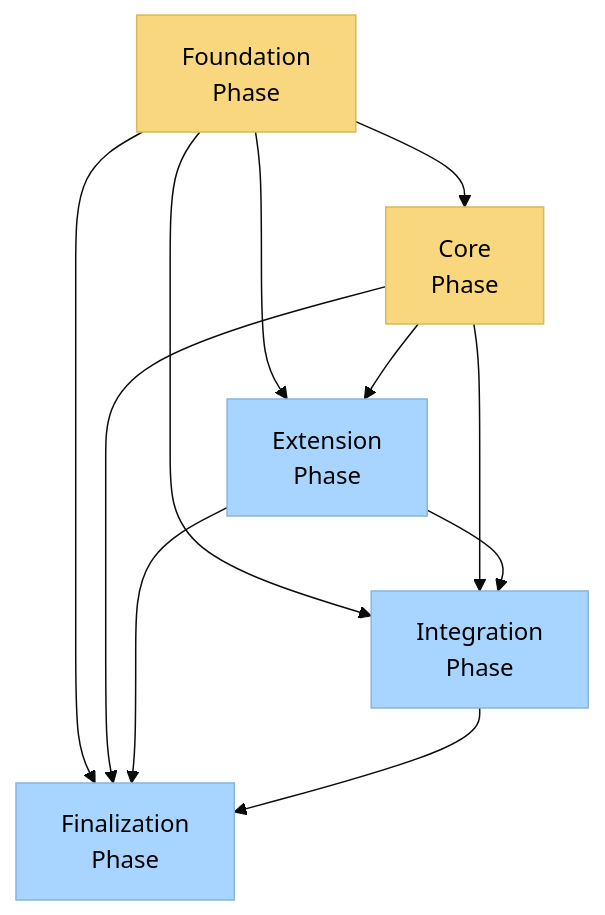
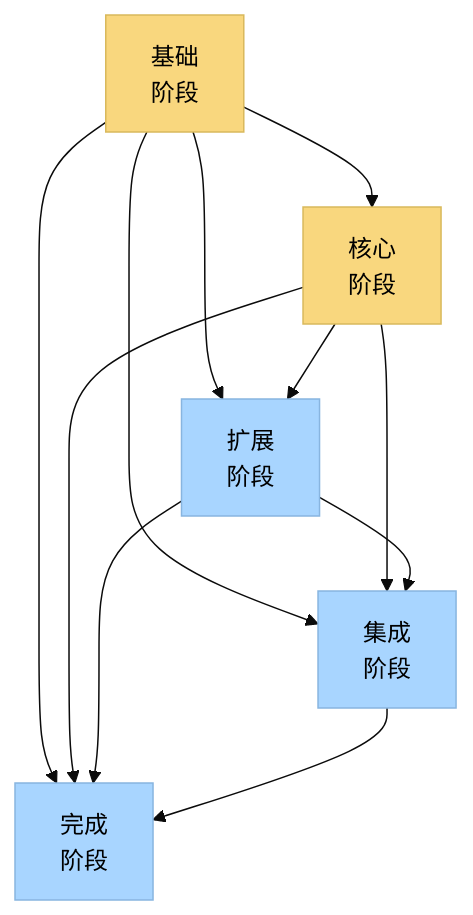
The fourth of 6 diagrams in .cursor/rules/isolation_rules/Level4/phased-implementation.mdc (goodends/cursor-memory-bank-Chinese-), drawn with Mermaid (base theme) before and after one commit. The commit also changed other lines of this file, not shown here.

````diff
--- a/.cursor/rules/isolation_rules/Level4/phased-implementation.mdc
+++ b/.cursor/rules/isolation_rules/Level4/phased-implementation.mdc
@@ -331,22 +331,22 @@
 ```mermaid
 flowchart TD
     classDef solid fill:#f9d77e,stroke:#d9b95c,color:#000
     classDef partial fill:#a8d5ff,stroke:#88b5e0,color:#000
     
-    F[Foundation<br>Phase] --> C[Core<br>Phase]
-    F --> E[Extension<br>Phase]
-    F --> I[Integration<br>Phase]
-    F --> FN[Finalization<br>Phase]
+    F[基础<br>阶段] --> C[核心<br>阶段]
+    F --> E[扩展<br>阶段]
+    F --> I[集成<br>阶段]
+    F --> FN[完成<br>阶段]
     
     C --> E
     C --> I
     C --> FN
     
     E --> I
     E --> FN
     
     I --> FN
     
     class F,C solid
     class E,I,FN partial
 ```
````
